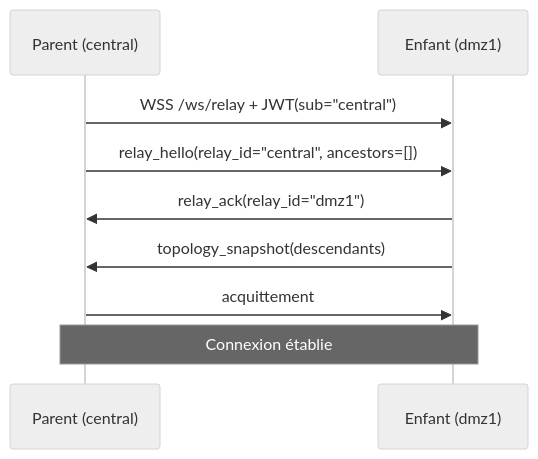
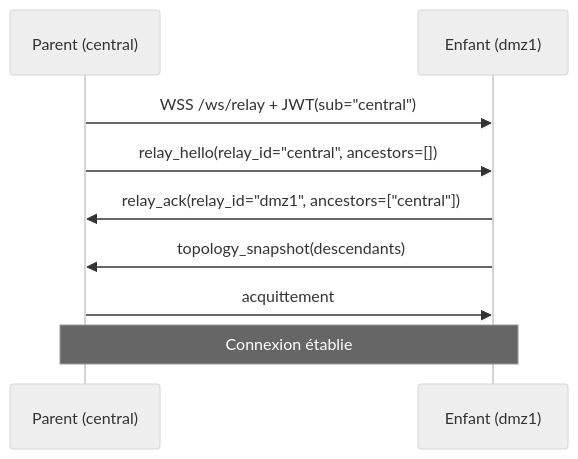
Before and after one commit to CCoupel/Ansible-SecAgent: the third of 3 diagrams in DOC/common/HLD.md, drawn with Mermaid (neutral theme). The commit also changed other lines of this file, not shown here.

First line of the commit message:
docs: HLD §6 repeater v3.0 → v3.1, sequence diagrams with ancestors

````diff
--- a/DOC/common/HLD.md
+++ b/DOC/common/HLD.md
@@ -595,12 +595,12 @@
 ```mermaid
 sequenceDiagram
     participant Parent as Parent (central)
     participant Child as Enfant (dmz1)
     
     Parent->>Child: WSS /ws/relay + JWT(sub="central")
     Parent->>Child: relay_hello(relay_id="central", ancestors=[])
-    Child->>Parent: relay_ack(relay_id="dmz1")
+    Child->>Parent: relay_ack(relay_id="dmz1", ancestors=["central"])
     Child->>Parent: topology_snapshot(descendants)
     Parent->>Child: acquittement
     Note over Parent,Child: Connexion établie
 ```
````
